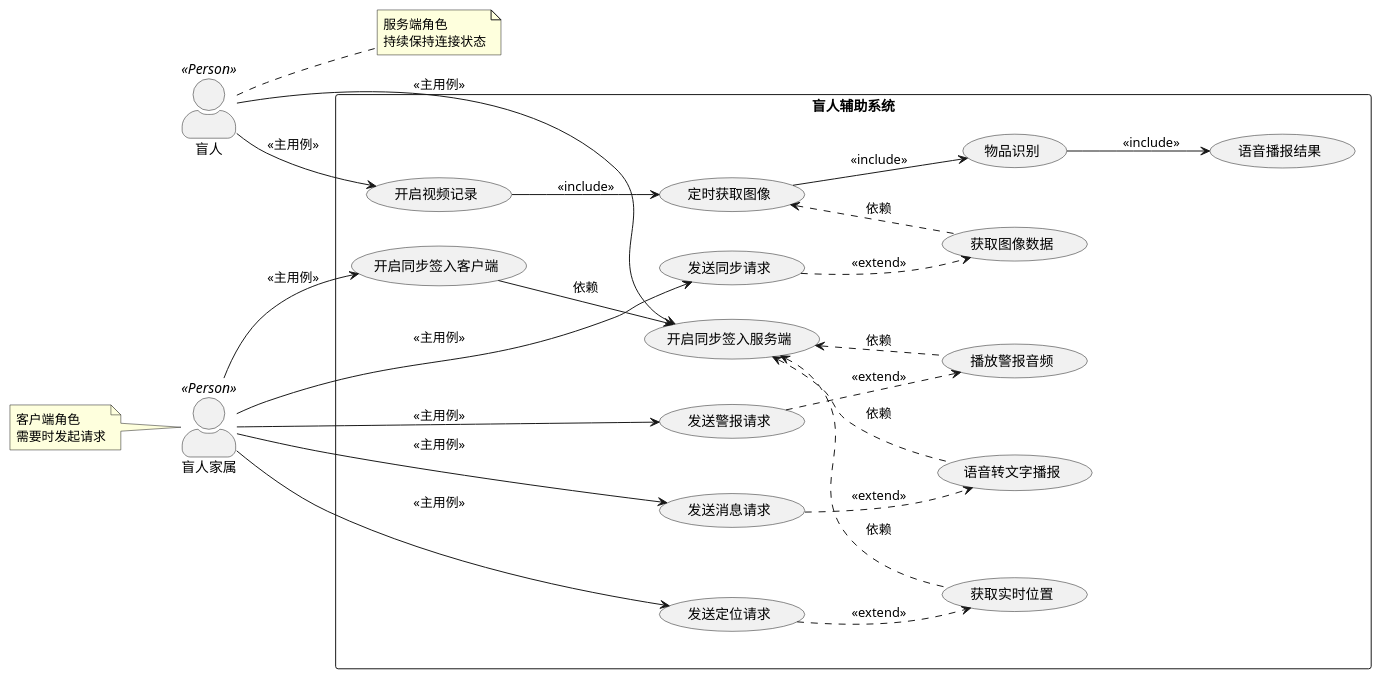
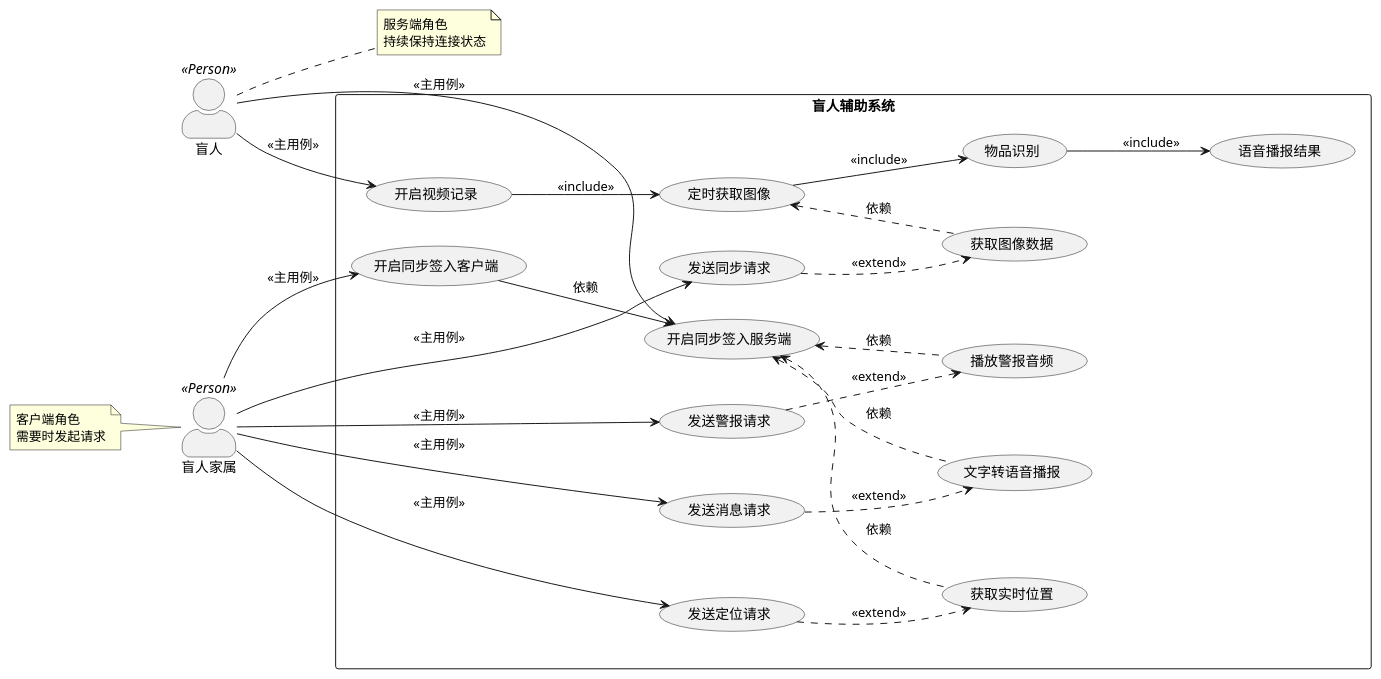
The diagram in docs/usecases.puml (Varecia/EL-competition-project), drawn with PlantUML before and after one commit. The commit also changed 2 other files, not shown here.

```diff
--- a/docs/usecases.puml
+++ b/docs/usecases.puml
@@ -1,42 +1,42 @@
 @startuml
 left to right direction
 skinparam actorStyle awesome
 
 actor "盲人" as BlindUser <<Person>>
 actor "盲人家属" as Family <<Person>>
 
 rectangle "盲人辅助系统" {
     BlindUser --> (开启同步签入服务端) : <<主用例>>
     BlindUser --> (开启视频记录) : <<主用例>>
     (开启视频记录) --> (定时获取图像) : <<include>>
     (定时获取图像) --> (物品识别) : <<include>>
     (物品识别) --> (语音播报结果) : <<include>>
 
     Family --> (开启同步签入客户端) : <<主用例>>
     Family --> (发送定位请求) : <<主用例>>
     Family --> (发送警报请求) : <<主用例>>
     Family --> (发送消息请求) : <<主用例>>
     Family --> (发送同步请求) : <<主用例>>
 
     (发送定位请求) ..> (获取实时位置) : <<extend>>
     (发送警报请求) ..> (播放警报音频) : <<extend>>
-    (发送消息请求) ..> (语音转文字播报) : <<extend>>
+    (发送消息请求) ..> (文字转语音播报) : <<extend>>
     (发送同步请求) ..> (获取图像数据) : <<extend>>
 
     (开启同步签入客户端) --> (开启同步签入服务端) : 依赖
     (获取实时位置) .u.> (开启同步签入服务端) : 依赖
     (播放警报音频) .u.> (开启同步签入服务端) : 依赖
-    (语音转文字播报) .u.> (开启同步签入服务端) : 依赖
+    (文字转语音播报) .u.> (开启同步签入服务端) : 依赖
     (获取图像数据) .u.> (定时获取图像) : 依赖
 }
 
 note right of BlindUser
   服务端角色
   持续保持连接状态
 end note
 
 note left of Family
   客户端角色
   需要时发起请求
 end note
 @enduml
```
